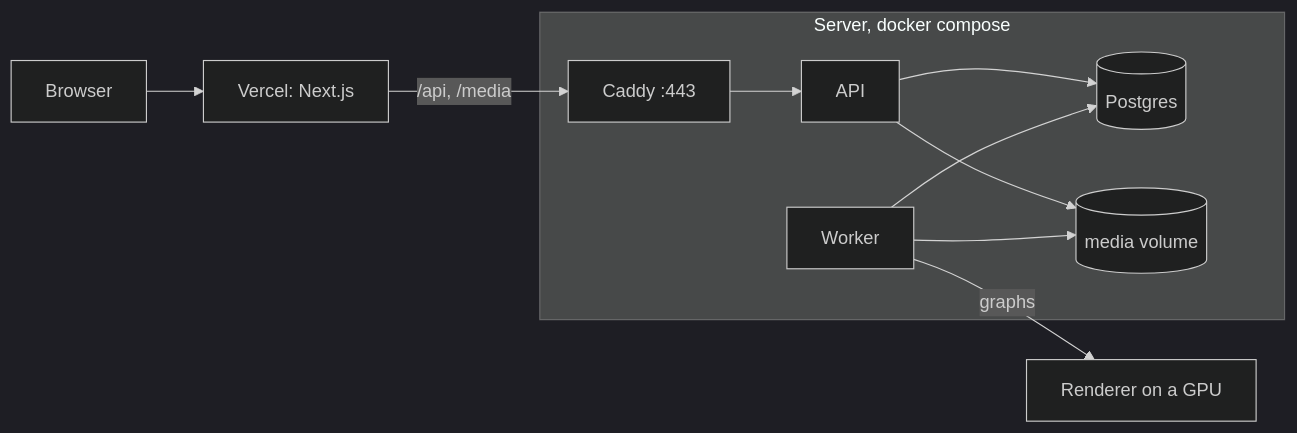
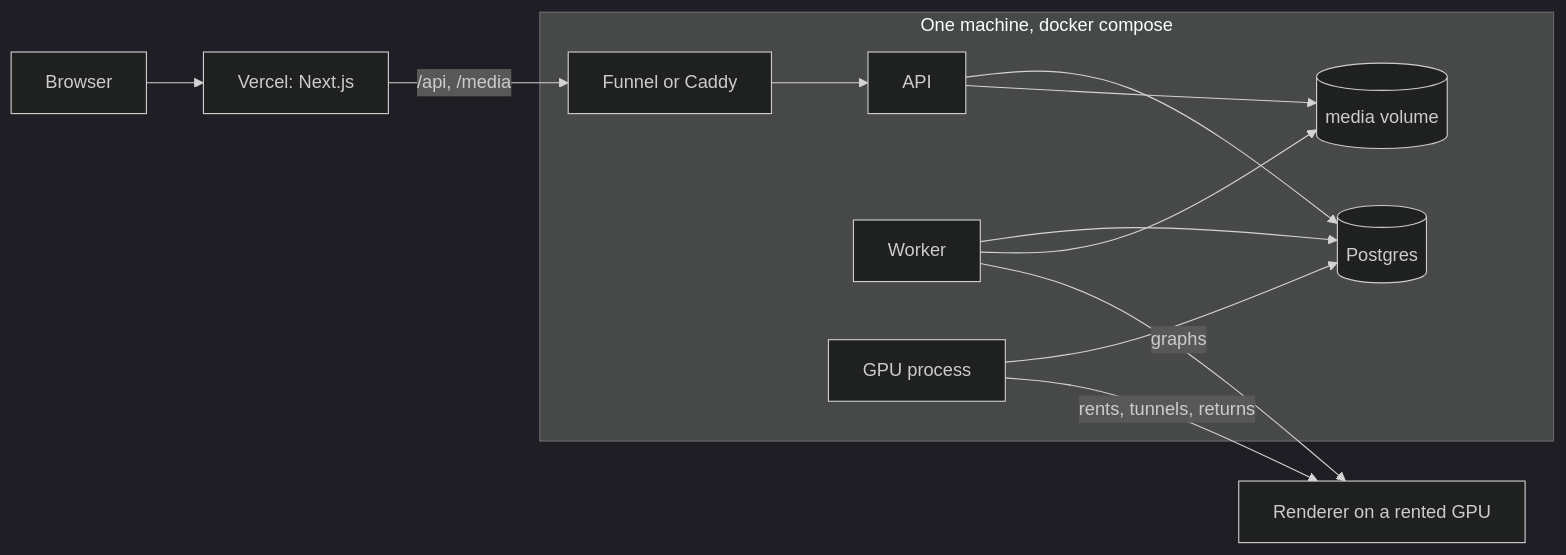
Before and after one commit to sm079/unnoodle: the diagram in deploy/README.md, drawn with Mermaid (dark theme). The commit also changed other lines of this file and 2 other files, not shown here.

First line of the commit message:
docs: bring the READMEs up to date with hosting and the on-demand GPU

````diff
--- a/deploy/README.md
+++ b/deploy/README.md
@@ -7,11 +8,13 @@
 ```mermaid
 flowchart LR
   B[Browser] --> V[Vercel: Next.js]
-  V -- "/api, /media" --> C[Caddy :443]
-  subgraph Server [Server, docker compose]
+  V -- "/api, /media" --> C[Funnel or Caddy]
+  subgraph Server [One machine, docker compose]
     C --> A[API] --> P[(Postgres)]
     W[Worker] --> P
+    G[GPU process] --> P
     A & W --> M[(media volume)]
   end
-  W -- graphs --> R[Renderer on a GPU]
+  G -- "rents, tunnels, returns" --> R[Renderer on a rented GPU]
+  W -- graphs --> R
 ```
````
